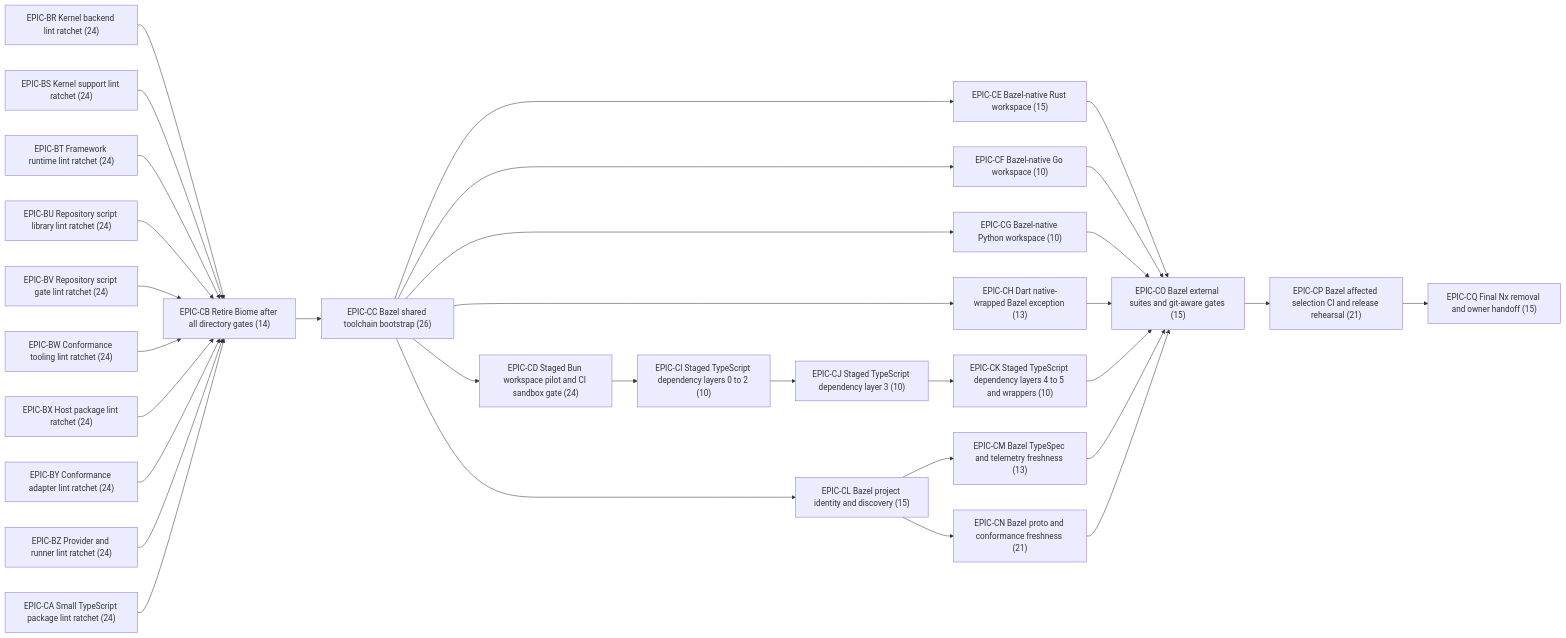
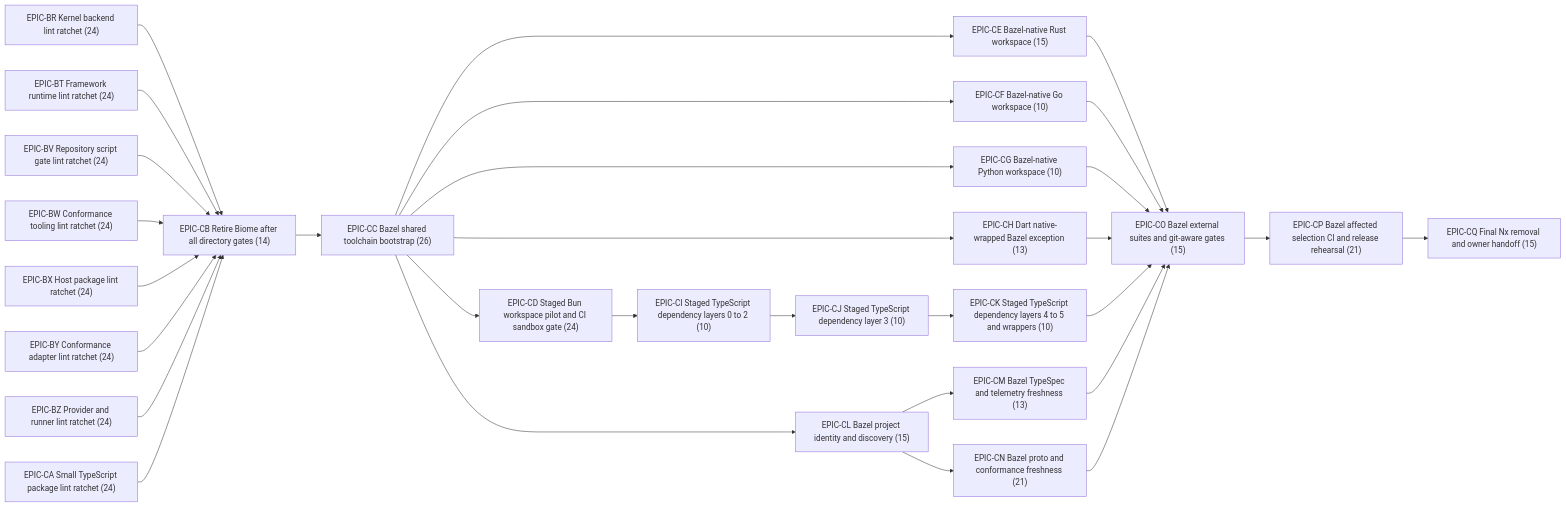
Before and after one commit to Tuvren/framework: the diagram in .constitution/tasks/critical-path.md, drawn with Mermaid. The commit also changed other lines of this file and 7 other files, not shown here.

````diff
--- a/.constitution/tasks/critical-path.md
+++ b/.constitution/tasks/critical-path.md
@@ -50,60 +48,56 @@
 ```mermaid
 flowchart LR
   BR["EPIC-BR Kernel backend lint ratchet (24)"]
-  BS["EPIC-BS Kernel support lint ratchet (24)"]
   BT["EPIC-BT Framework runtime lint ratchet (24)"]
-  BU["EPIC-BU Repository script library lint ratchet (24)"]
   BV["EPIC-BV Repository script gate lint ratchet (24)"]
   BW["EPIC-BW Conformance tooling lint ratchet (24)"]
   BX["EPIC-BX Host package lint ratchet (24)"]
   BY["EPIC-BY Conformance adapter lint ratchet (24)"]
   BZ["EPIC-BZ Provider and runner lint ratchet (24)"]
   CA["EPIC-CA Small TypeScript package lint ratchet (24)"]
   CB["EPIC-CB Retire Biome after all directory gates (14)"]
   CC["EPIC-CC Bazel shared toolchain bootstrap (26)"]
   CD["EPIC-CD Staged Bun workspace pilot and CI sandbox gate (24)"]
   CE["EPIC-CE Bazel-native Rust workspace (15)"]
   CF["EPIC-CF Bazel-native Go workspace (10)"]
   CG["EPIC-CG Bazel-native Python workspace (10)"]
   CH["EPIC-CH Dart native-wrapped Bazel exception (13)"]
   CI["EPIC-CI Staged TypeScript dependency layers 0 to 2 (10)"]
   CJ["EPIC-CJ Staged TypeScript dependency layer 3 (10)"]
   CK["EPIC-CK Staged TypeScript dependency layers 4 to 5 and wrappers (10)"]
   CL["EPIC-CL Bazel project identity and discovery (15)"]
   CM["EPIC-CM Bazel TypeSpec and telemetry freshness (13)"]
   CN["EPIC-CN Bazel proto and conformance freshness (21)"]
   CO["EPIC-CO Bazel external suites and git-aware gates (15)"]
   CP["EPIC-CP Bazel affected selection CI and release rehearsal (21)"]
   CQ["EPIC-CQ Final Nx removal and owner handoff (15)"]
   BR --> CB
-  BS --> CB
   BT --> CB
-  BU --> CB
   BV --> CB
   BW --> CB
   BX --> CB
   BY --> CB
   BZ --> CB
   CA --> CB
   CB --> CC
   CC --> CD
   CC --> CE
   CC --> CF
   CC --> CG
   CC --> CH
   CD --> CI
   CI --> CJ
   CJ --> CK
   CC --> CL
   CL --> CM
   CL --> CN
   CE --> CO
   CF --> CO
   CG --> CO
   CH --> CO
   CK --> CO
   CM --> CO
   CN --> CO
   CO --> CP
   CP --> CQ
 ```
````
